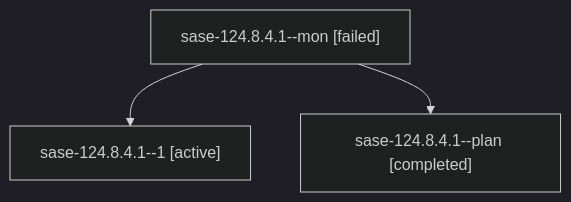
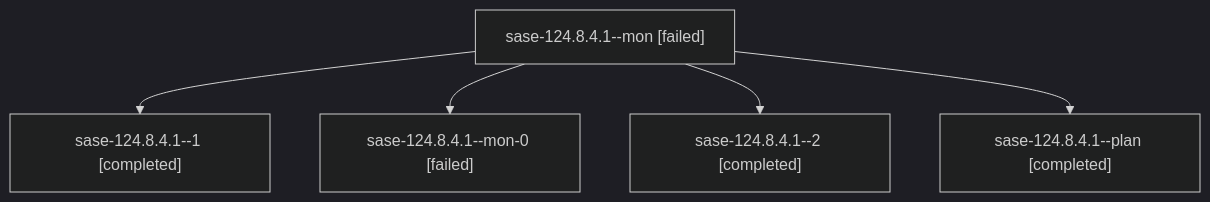
Before and after one commit to sase-org/sase--agents: the diagram in families/bbugyi200.athena.sase-124.8.4.1.md, drawn with Mermaid (dark theme). The commit also changed other lines of this file and 66 other files, not shown here.

````diff
--- a/families/bbugyi200.athena.sase-124.8.4.1.md
+++ b/families/bbugyi200.athena.sase-124.8.4.1.md
@@ -9,8 +9,12 @@
 ```mermaid
 flowchart TD
   n0["sase-124.8.4.1--mon [failed]"]
-  n1["sase-124.8.4.1--1 [active]"]
+  n1["sase-124.8.4.1--1 [completed]"]
   n0 --> n1
-  n2["sase-124.8.4.1--plan [completed]"]
+  n2["sase-124.8.4.1--mon-0 [failed]"]
   n0 --> n2
+  n3["sase-124.8.4.1--2 [completed]"]
+  n0 --> n3
+  n4["sase-124.8.4.1--plan [completed]"]
+  n0 --> n4
 ```
````
